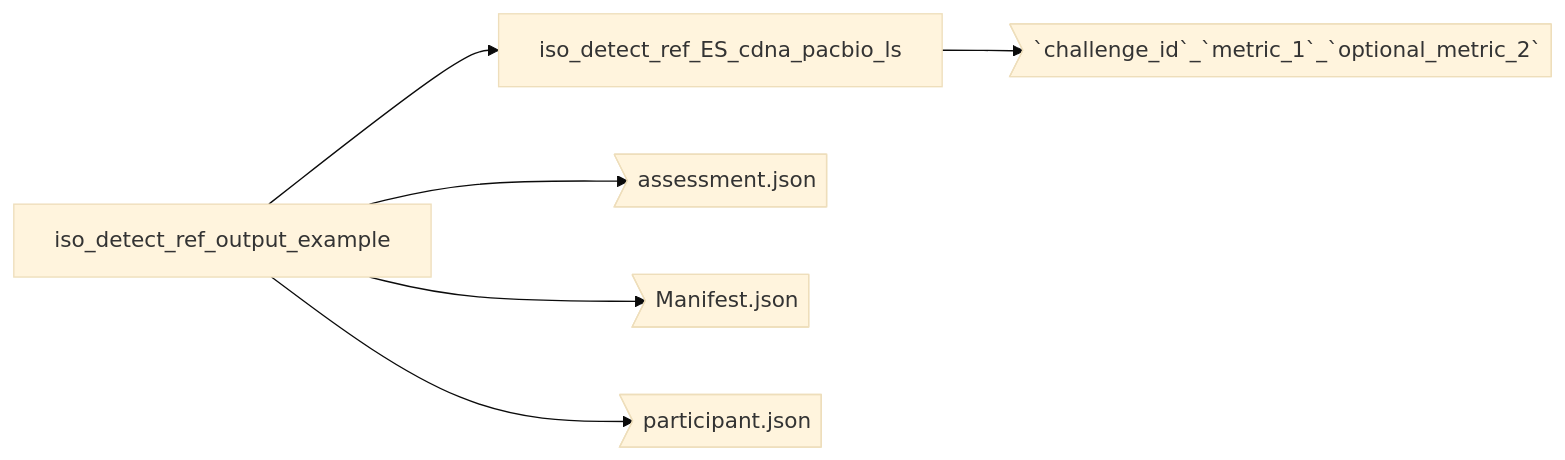
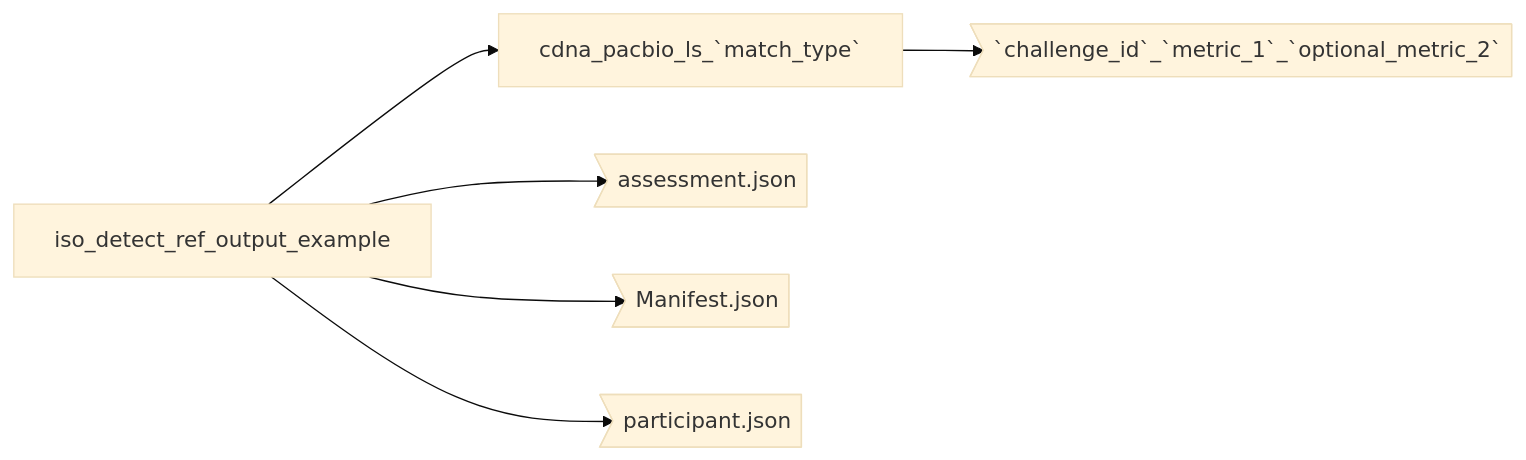
The diagram in example_data/README.md (ESapenaVentura/lrgasp_docker), drawn with Mermaid (base theme) before and after one commit. The commit also changed other lines of this file and 2 other files, not shown here.

````diff
--- a/example_data/README.md
+++ b/example_data/README.md
@@ -40,8 +47,8 @@
 ```mermaid
 graph LR;
-A[iso_detect_ref_output_example] --> B[iso_detect_ref_ES_cdna_pacbio_ls]
+A[iso_detect_ref_output_example] --> B[cdna_pacbio_ls_`match_type`]
 B --> C>`challenge_id`_`metric_1`_`optional_metric_2`];
 A --> D>assessment.json]
 A --> E>Manifest.json]
 A --> F>participant.json]
 ```
````
